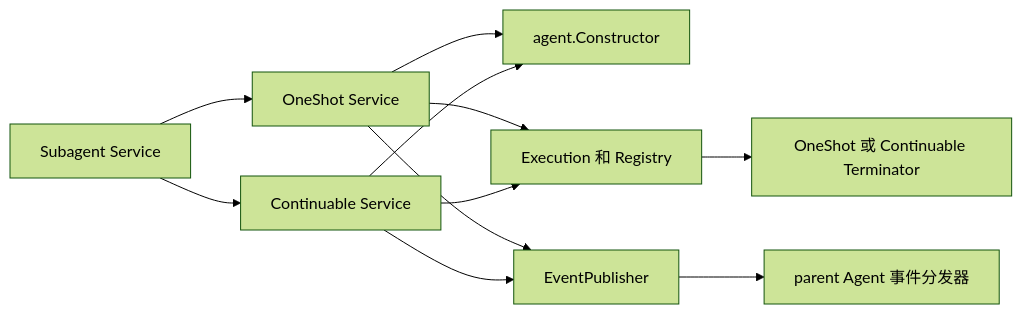
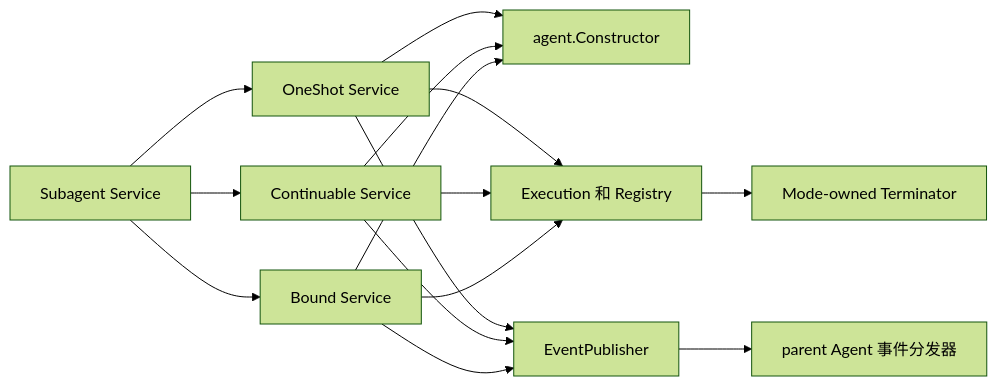
Before and after one commit to gorenx/goren: the second of 2 diagrams in subagent/internal/execution/README.zh-CN.md, drawn with Mermaid (forest theme). The commit also changed other lines of this file, not shown here.

Commit message:
docs(subagent): document shared execution publication

````diff
--- a/subagent/internal/execution/README.zh-CN.md
+++ b/subagent/internal/execution/README.zh-CN.md
@@ -138,13 +141,17 @@
 ```mermaid
 flowchart LR
     Service[Subagent Service] --> OneShot[OneShot Service]
     Service --> Continuable[Continuable Service]
+    Service --> Bound[Bound Service]
     OneShot --> Constructor[agent.Constructor]
     Continuable --> Constructor
+    Bound --> Constructor
     OneShot --> Execution[Execution 和 Registry]
     Continuable --> Execution
-    Execution --> Terminator[OneShot 或 Continuable Terminator]
+    Bound --> Execution
+    Execution --> Terminator[Mode-owned Terminator]
     OneShot --> Publisher[EventPublisher]
     Continuable --> Publisher
+    Bound --> Publisher
     Publisher --> Parent[parent Agent 事件分发器]
 ```
````
